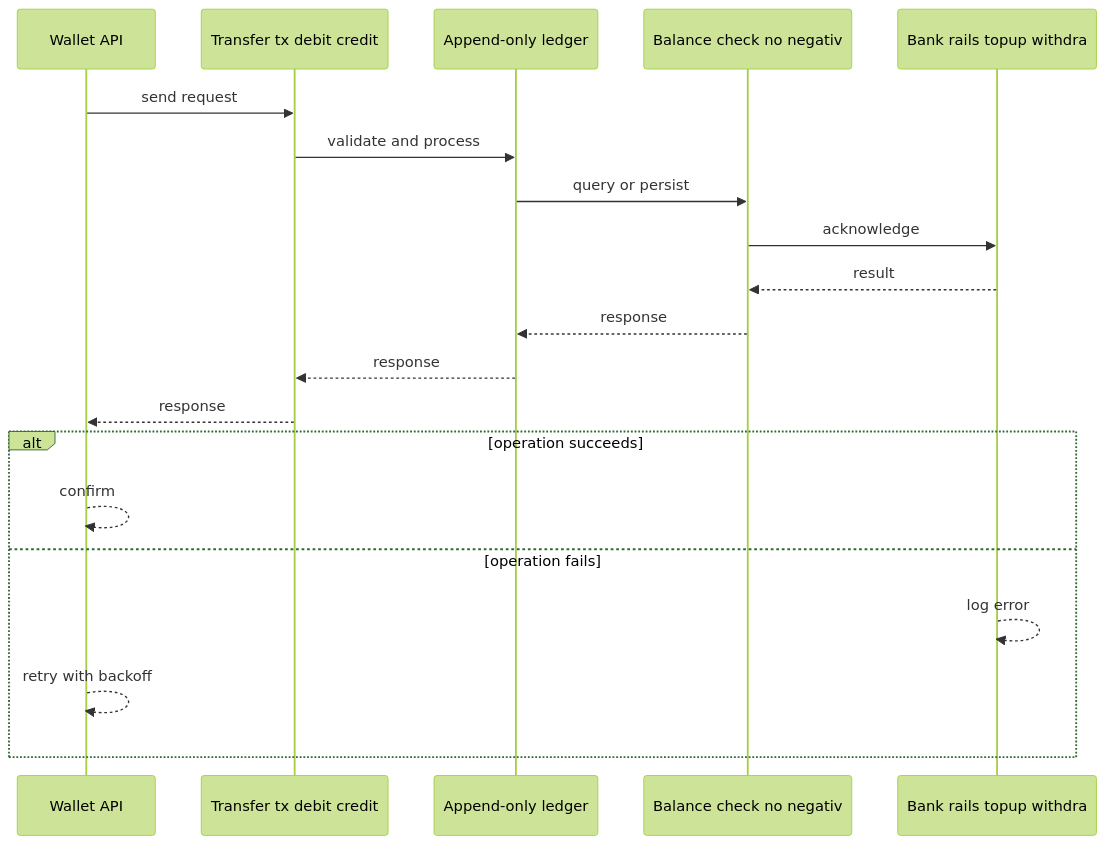
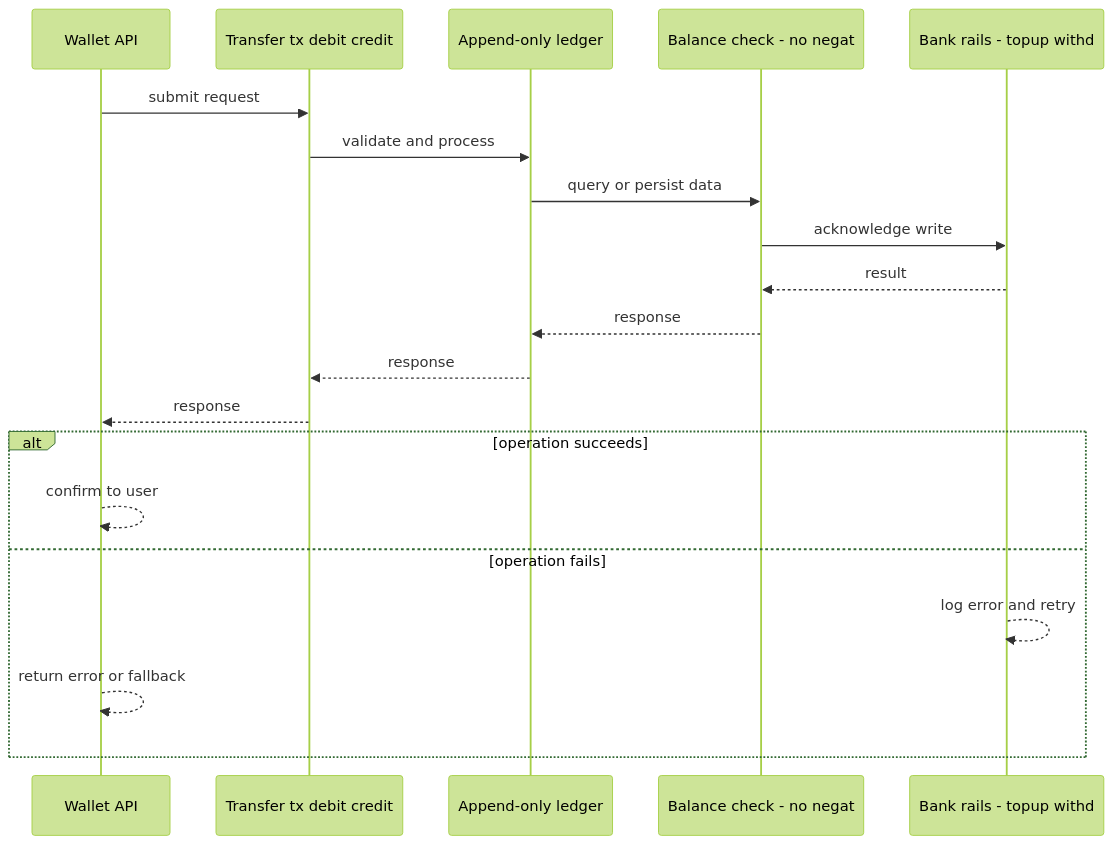
Before and after one commit to RIT-MESH/system-design-mastery: the second of 4 diagrams in case-studies/advanced/digital-wallet.md, drawn with Mermaid (forest theme). The commit also changed other lines of this file and 127 other files, not shown here.

First line of the commit message:
Improve all case study diagrams: case-specific sequences, fix truncated labels

````diff
--- a/case-studies/advanced/digital-wallet.md
+++ b/case-studies/advanced/digital-wallet.md
@@ -76,23 +76,23 @@
 ```mermaid
 %% created-for: system-design-mastery
 sequenceDiagram
-  participant C0 as Wallet API
-  participant C1 as Transfer tx debit credit
-  participant C2 as Append-only ledger
-  participant C3 as Balance check no negativ
-  participant C4 as Bank rails topup withdra
-  C0 ->> C1: send request
-  C1 ->> C2: validate and process
-  C2 ->> C3: query or persist
-  C3 ->> C4: acknowledge
-  C4 -->> C3: result
-  C3 -->> C2: response
-  C2 -->> C1: response
-  C1 -->> C0: response
+  participant P0 as Wallet API
+  participant P1 as Transfer tx debit credit
+  participant P2 as Append-only ledger
+  participant P3 as Balance check - no negat
+  participant P4 as Bank rails - topup withd
+  P0 ->> P1: submit request
+  P1 ->> P2: validate and process
+  P2 ->> P3: query or persist data
+  P3 ->> P4: acknowledge write
+  P4 -->> P3: result
+  P3 -->> P2: response
+  P2 -->> P1: response
+  P1 -->> P0: response
   alt operation succeeds
-    C0 -->> C0: confirm
+    P0 -->> P0: confirm to user
   else operation fails
-    C4 -->> C4: log error
-    C0 -->> C0: retry with backoff
+    P4 -->> P4: log error and retry
+    P0 -->> P0: return error or fallback
   end
 ```
````
